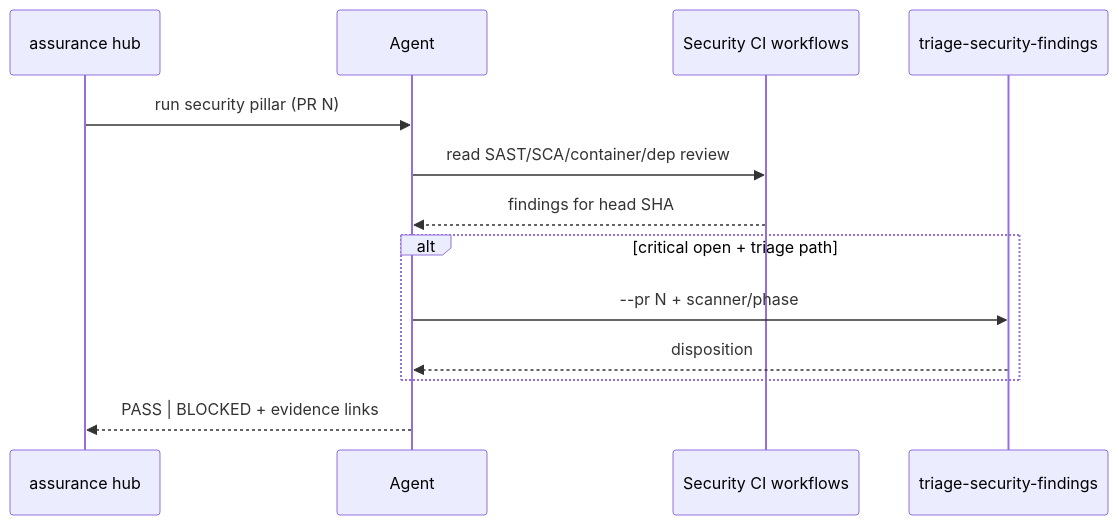
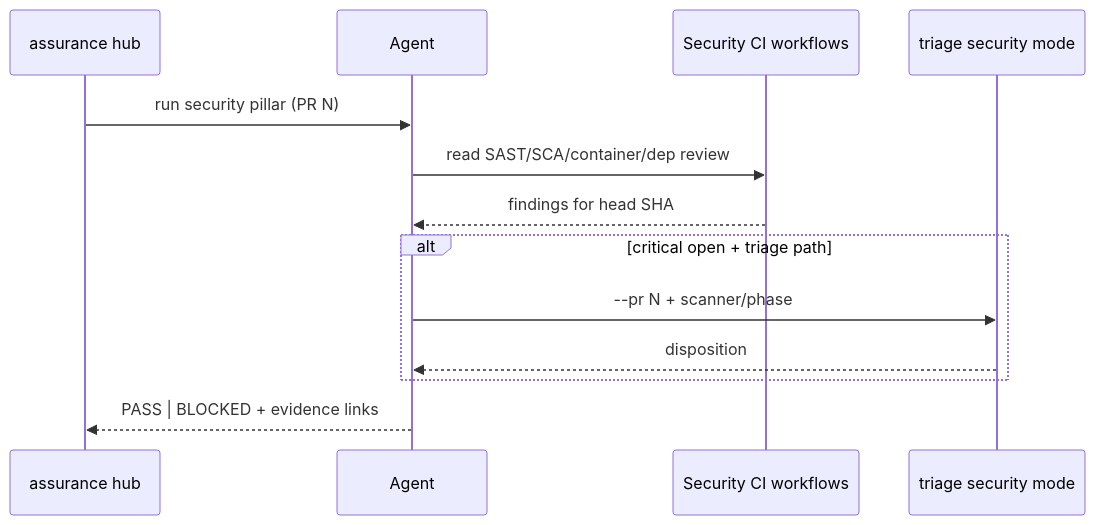
Before and after one commit to chimeranext/better-toolkits: the second of 2 diagrams in toolkits/assurance-toolkit/references/security/triage.md, drawn with Mermaid. The commit also changed other lines of this file and 23 other files, not shown here.

````diff
--- a/toolkits/assurance-toolkit/references/security/triage.md
+++ b/toolkits/assurance-toolkit/references/security/triage.md
@@ -27,16 +27,16 @@
 ```mermaid
 sequenceDiagram
   participant Hub as assurance hub
   participant Agent as Agent
   participant CI as Security CI workflows
-  participant Triage as triage-security-findings
+  participant Triage as triage security mode
 
   Hub->>Agent: run security pillar (PR N)
   Agent->>CI: read SAST/SCA/container/dep review
   CI-->>Agent: findings for head SHA
   alt critical open + triage path
     Agent->>Triage: --pr N + scanner/phase
     Triage-->>Agent: disposition
   end
   Agent-->>Hub: PASS | BLOCKED + evidence links
 ```
````
